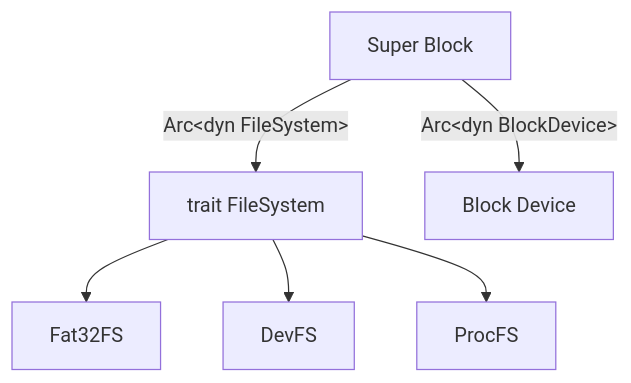
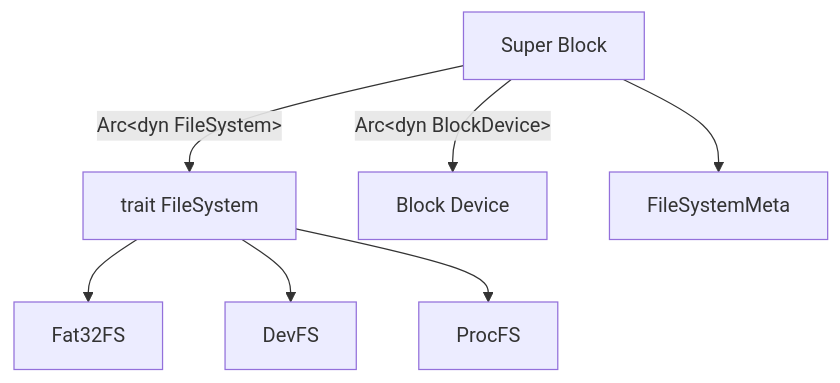
Before and after one commit to chaos-kernel/chaos: the diagram in docs/文件系统架构图.md, drawn with Mermaid. The commit also changed 2 other files, not shown here.

Commit message:
📃 docs: 更新文件系统相关文档

````diff
--- a/docs/文件系统架构图.md
+++ b/docs/文件系统架构图.md
@@ -1,19 +1,21 @@
 ```mermaid
 
 graph TB;
 
 fs[trait FileSystem];
 sb[Super Block];
 bdev[Block Device]
 fat32fs[Fat32FS];
 devfs[DevFS];
 procfs[ProcFS];
+fsmeta[FileSystemMeta]
 
 fs --> fat32fs;
 fs --> devfs;
 fs --> procfs;
 sb -->|Arc&lt;dyn FileSystem&gt;| fs;
 sb -->|Arc&lt;dyn BlockDevice&gt;| bdev;
+sb --> fsmeta;
 
 
 ```
````
